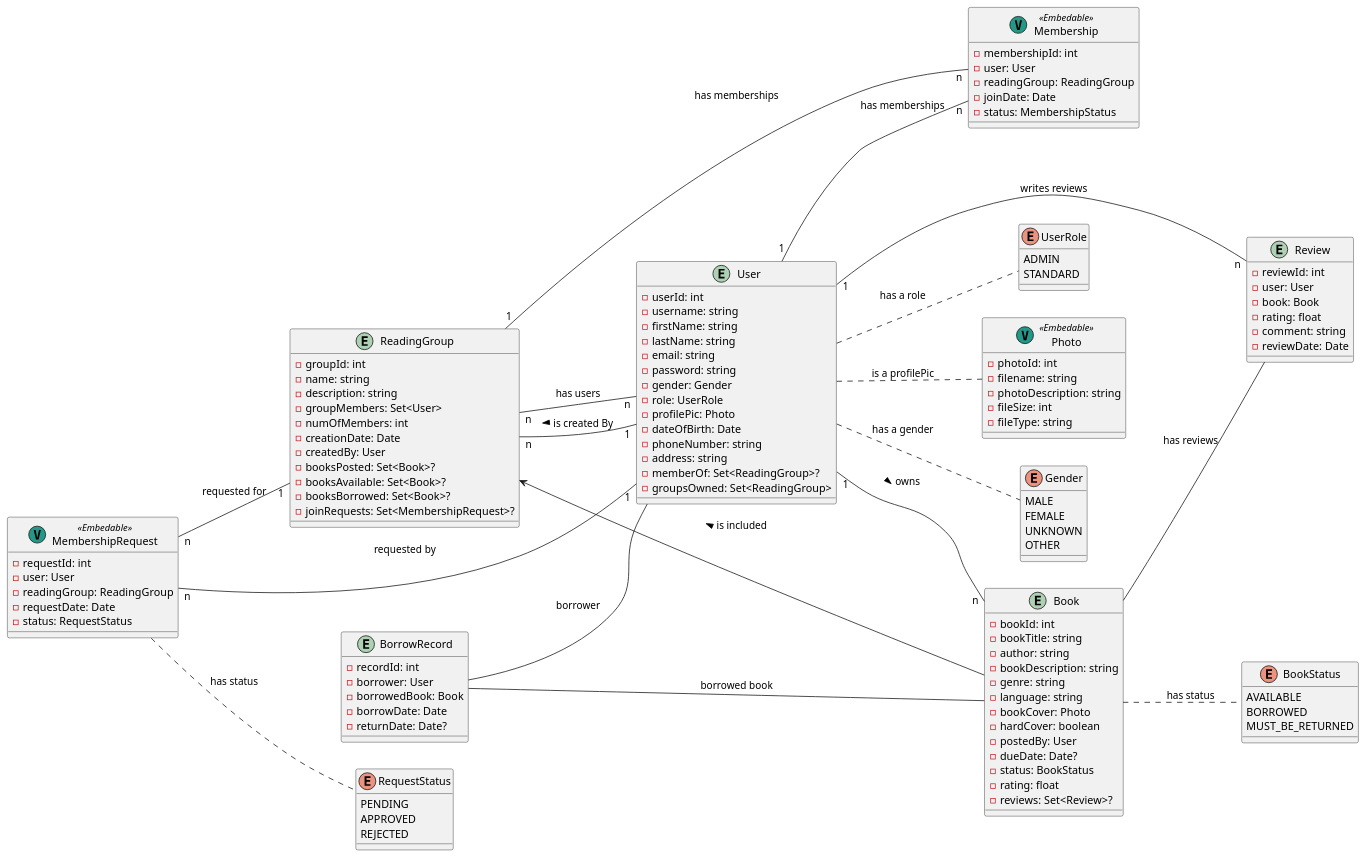
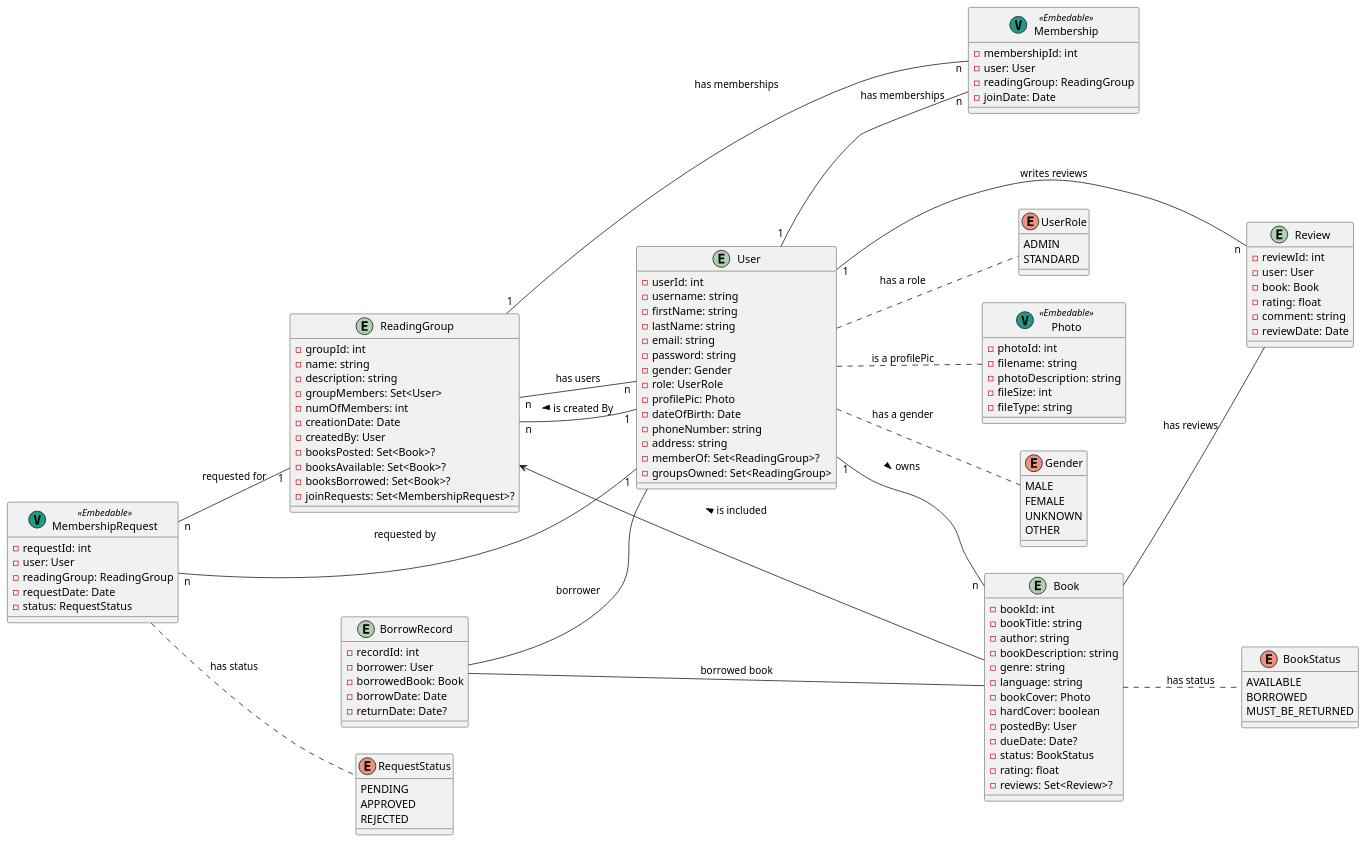
Before and after one commit to magdalinamihova/temp1: the diagram in src/main/plantuml/pos-project.puml, drawn with PlantUML.

Commit message:
Removed status from entity Membership

```diff
--- a/src/main/plantuml/pos-project.puml
+++ b/src/main/plantuml/pos-project.puml
@@ -1,135 +1,134 @@
 @startuml
 
 left to right direction
 
 enum UserRole {
   ADMIN
   STANDARD
 }
 
 entity BorrowRecord {
   -recordId: int
   -borrower: User
   -borrowedBook: Book
   -borrowDate: Date
   -returnDate: Date?
 }
 
 entity Review {
   -reviewId: int
   -user: User
   -book: Book
   -rating: float
   -comment: string
   -reviewDate: Date
 }
 
 enum RequestStatus {
   PENDING
   APPROVED
   REJECTED
 }
 
 entity Book {
   -bookId: int
   -bookTitle: string
   -author: string
   -bookDescription: string
   -genre: string
   - language: string
   -bookCover: Photo
   -hardCover: boolean
   -postedBy: User
   -dueDate: Date?
   -status: BookStatus
   -rating: float
   -reviews: Set<Review>?
 }
 
 entity User {
   -userId: int
   -username: string
   -firstName: string
   -lastName: string
   -email: string
   -password: string
   -gender: Gender
   -role: UserRole
   -profilePic: Photo
   -dateOfBirth: Date
   -phoneNumber: string
   -address: string
   -memberOf: Set<ReadingGroup>?
   -groupsOwned: Set<ReadingGroup>
 }
 
 entity ReadingGroup {
   -groupId: int
   -name: string
   -description: string
   -groupMembers: Set<User>
   -numOfMembers: int
   -creationDate: Date
   -createdBy: User
   -booksPosted: Set<Book>?
   -booksAvailable: Set<Book>?
   -booksBorrowed: Set<Book>?
   -joinRequests: Set<MembershipRequest>?
 }
 
 class MembershipRequest << (V,#229988) Embedable>> {
   -requestId: int
   -user: User
   -readingGroup: ReadingGroup
   -requestDate: Date
   -status: RequestStatus
 }
 
 enum BookStatus {
   AVAILABLE
   BORROWED
   MUST_BE_RETURNED
 }
 
 enum Gender {
   MALE
   FEMALE
   UNKNOWN
   OTHER
 }
 
 class Membership << (V,#229988) Embedable>>{
   -membershipId: int
   -user: User
   -readingGroup: ReadingGroup
   -joinDate: Date
-  -status: MembershipStatus
 }
 
 class Photo << (V,#229988) Embedable>> {
   -photoId: int
   -filename: string
   -photoDescription: string
   -fileSize: int
   -fileType: string
 }
 
 User .. UserRole : has a role
 User .. Photo : is a profilePic
 User .. Gender : has a gender
 User "1" -- "n" Book : > owns
 ReadingGroup <-- Book : < is included
 ReadingGroup "n" -- "n" User : has users
 ReadingGroup "n" -- "1" User : < is created By
 BorrowRecord -- User : borrower
 BorrowRecord -- Book : borrowed book
 Book -- Review : has reviews
 User "1" -- "n" Review : writes reviews
 User "1" -- "n" Membership : has memberships
 ReadingGroup "1" -- "n" Membership : has memberships
 MembershipRequest "n" -- "1" User : requested by
 MembershipRequest "n" -- "1" ReadingGroup : requested for
 Book .. BookStatus : has status
 MembershipRequest .. RequestStatus : has status
 
 @enduml
```
